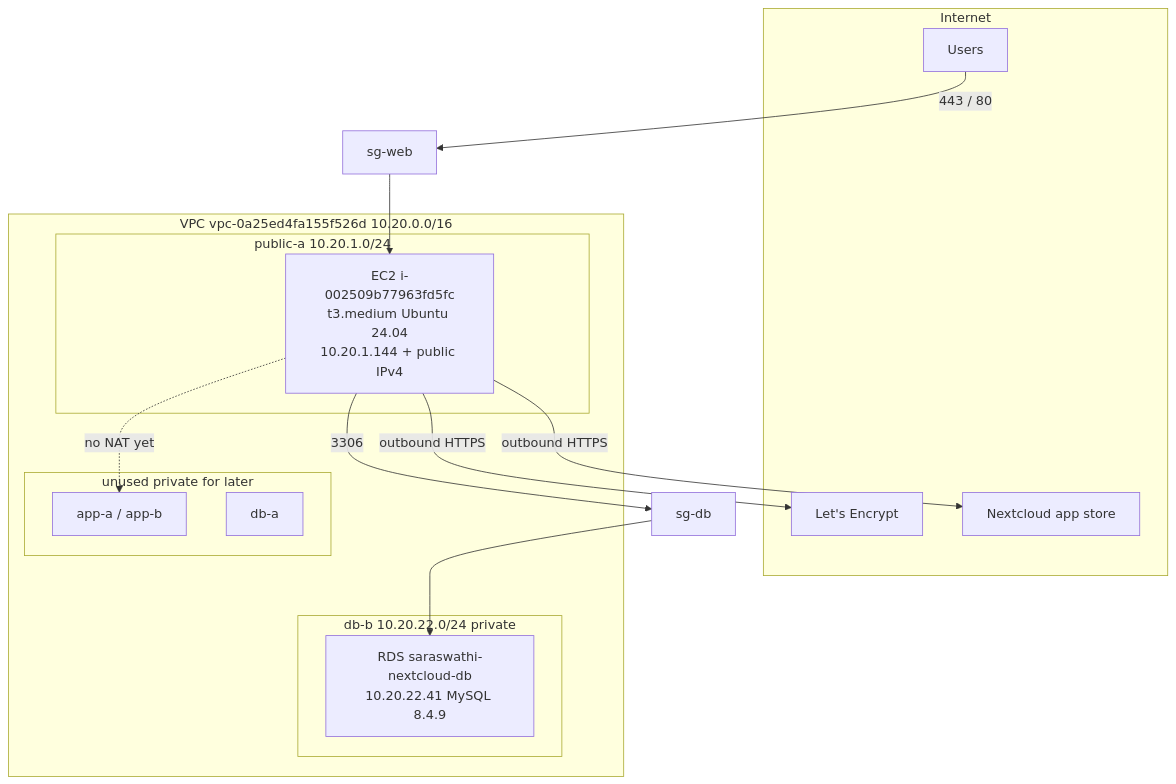
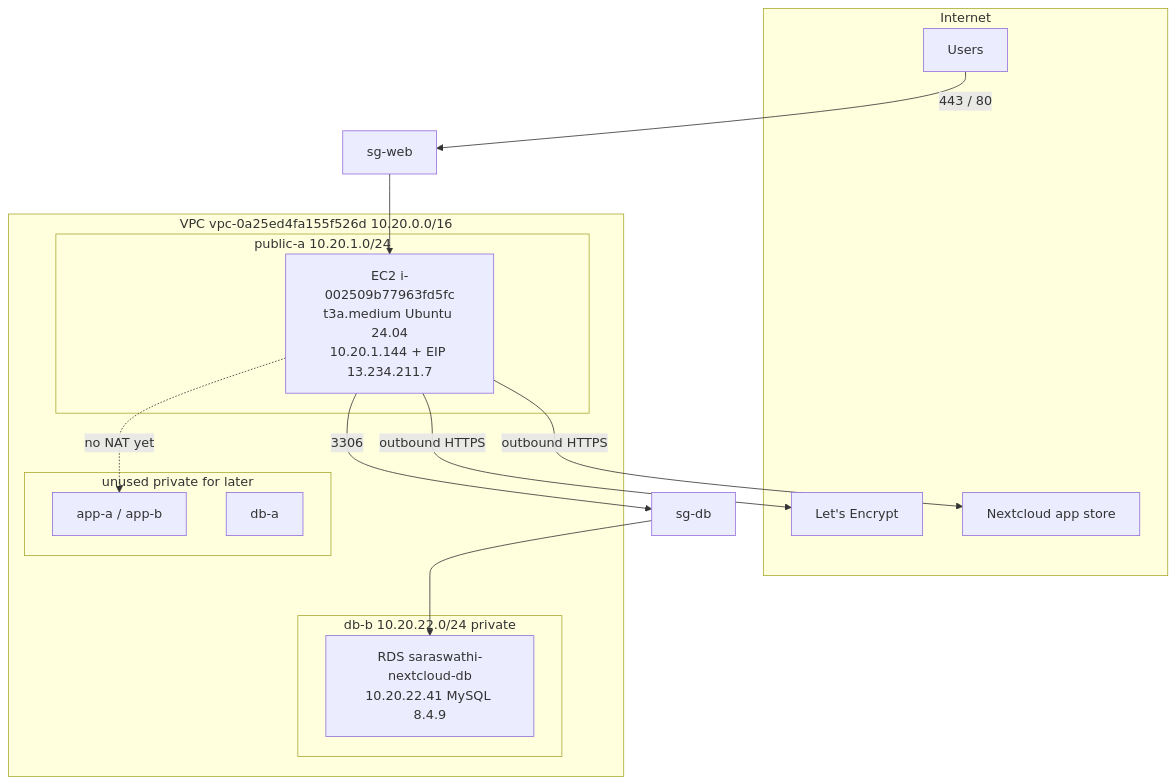
The second of 10 diagrams in 02-architecture/TECHNICAL_SNAPSHOT_AND_FLOW.md (logeshps02/saraswathi_configs), drawn with Mermaid before and after one commit. The commit also changed other lines of this file and 17 other files, not shown here.

````diff
--- a/02-architecture/TECHNICAL_SNAPSHOT_AND_FLOW.md
+++ b/02-architecture/TECHNICAL_SNAPSHOT_AND_FLOW.md
@@ -65,29 +65,29 @@
 ```mermaid
 flowchart TB
   subgraph Internet
     User[Users]
     LE[Let's Encrypt]
     Apps[Nextcloud app store]
   end
 
   subgraph "VPC vpc-0a25ed4fa155f526d 10.20.0.0/16"
     subgraph "public-a 10.20.1.0/24"
-      EC2["EC2 i-002509b77963fd5fc<br/>t3.medium Ubuntu 24.04<br/>10.20.1.144 + public IPv4"]
+      EC2["EC2 i-002509b77963fd5fc<br/>t3a.medium Ubuntu 24.04<br/>10.20.1.144 + EIP 13.234.211.7"]
     end
     subgraph "db-b 10.20.22.0/24 private"
       DB["RDS saraswathi-nextcloud-db<br/>10.20.22.41 MySQL 8.4.9"]
     end
     subgraph "unused private for later"
       APPa[app-a / app-b]
       DBa[db-a]
     end
   end
 
   User -->|443 / 80| SGW[sg-web]
   SGW --> EC2
   EC2 -->|3306| SGD[sg-db]
   SGD --> DB
   EC2 -->|outbound HTTPS| LE
   EC2 -->|outbound HTTPS| Apps
   EC2 -.->|no NAT yet| APPa
 ```
````
